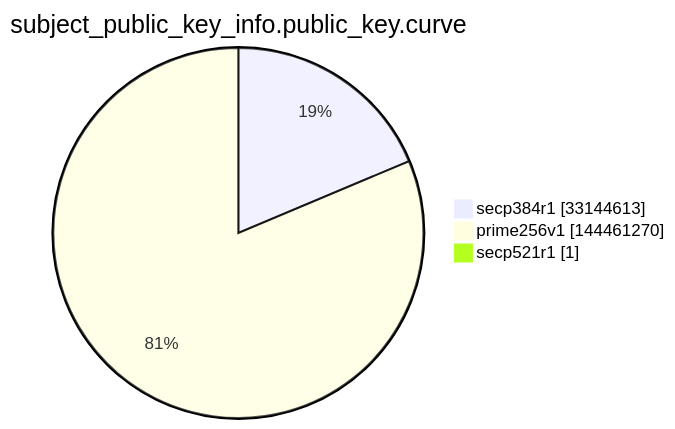
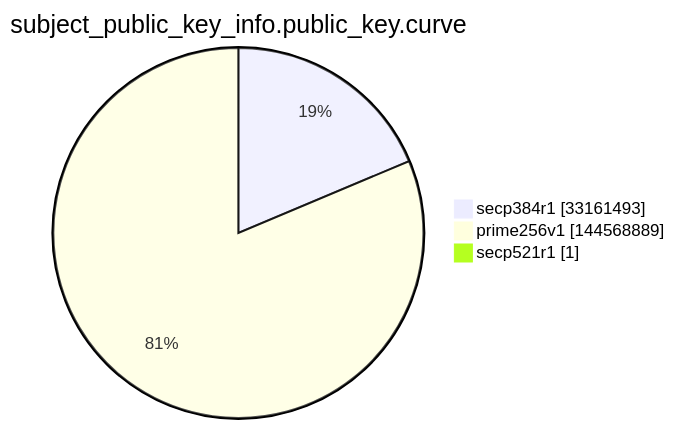
One commit to christiankrug/ctmonitor_visualization changed the ninth of 15 diagrams in argon2022/README.md. Above: the diagram before and after it, drawn with Mermaid. The commit also changed other lines of this file, not shown here.

````diff
--- a/argon2022/README.md
+++ b/argon2022/README.md
@@ -2764,7 +2764,7 @@
 ```mermaid
 pie showData
 title subject_public_key_info.public_key.curve
-"secp384r1" :33144613
-"prime256v1" :144461270
+"secp384r1" :33161493
+"prime256v1" :144568889
 "secp521r1" :1
 ```
````
